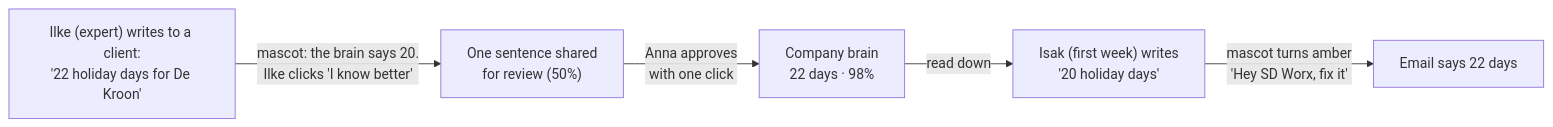
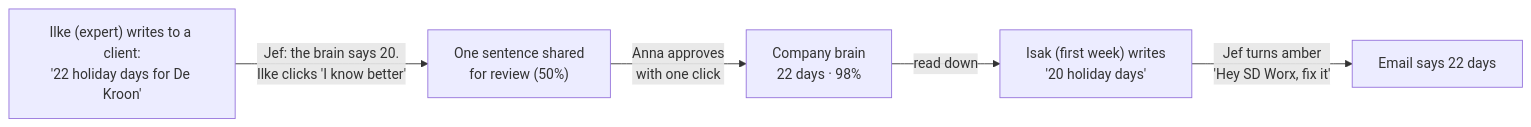
The first of 2 diagrams in README.md (Noahgradstock/aleida-tectonic-sdworx), drawn with Mermaid before and after one commit. The commit also changed other lines of this file and 22 other files, not shown here.

First line of the commit message:
README: overview, try it in 2 minutes, a tour with screenshots of every part, Jef the mascot (film stills and GIF), how it works, data

````diff
--- a/README.md
+++ b/README.md
@@ -40,7 +137,7 @@
 ```mermaid
 flowchart LR
-    A["Ilke (expert) writes to a client:<br/>'22 holiday days for De Kroon'"] -->|"mascot: the brain says 20.<br/>Ilke clicks 'I know better'"| B["One sentence shared<br/>for review (50%)"]
+    A["Ilke (expert) writes to a client:<br/>'22 holiday days for De Kroon'"] -->|"Jef: the brain says 20.<br/>Ilke clicks 'I know better'"| B["One sentence shared<br/>for review (50%)"]
     B -->|"Anna approves<br/>with one click"| C["Company brain<br/>22 days · 98%"]
     C -->|"read down"| D["Isak (first week) writes<br/>'20 holiday days'"]
-    D -->|"mascot turns amber<br/>'Hey SD Worx, fix it'"| E["Email says 22 days"]
+    D -->|"Jef turns amber<br/>'Hey SD Worx, fix it'"| E["Email says 22 days"]
 ```
````
